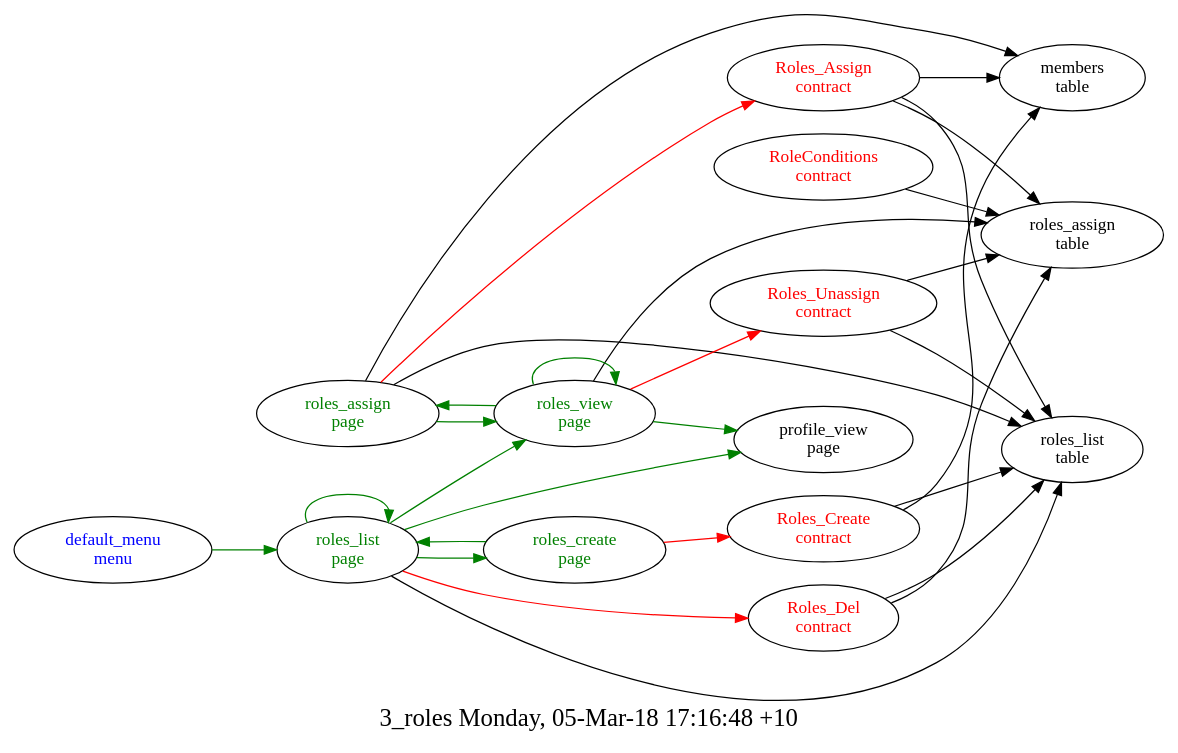
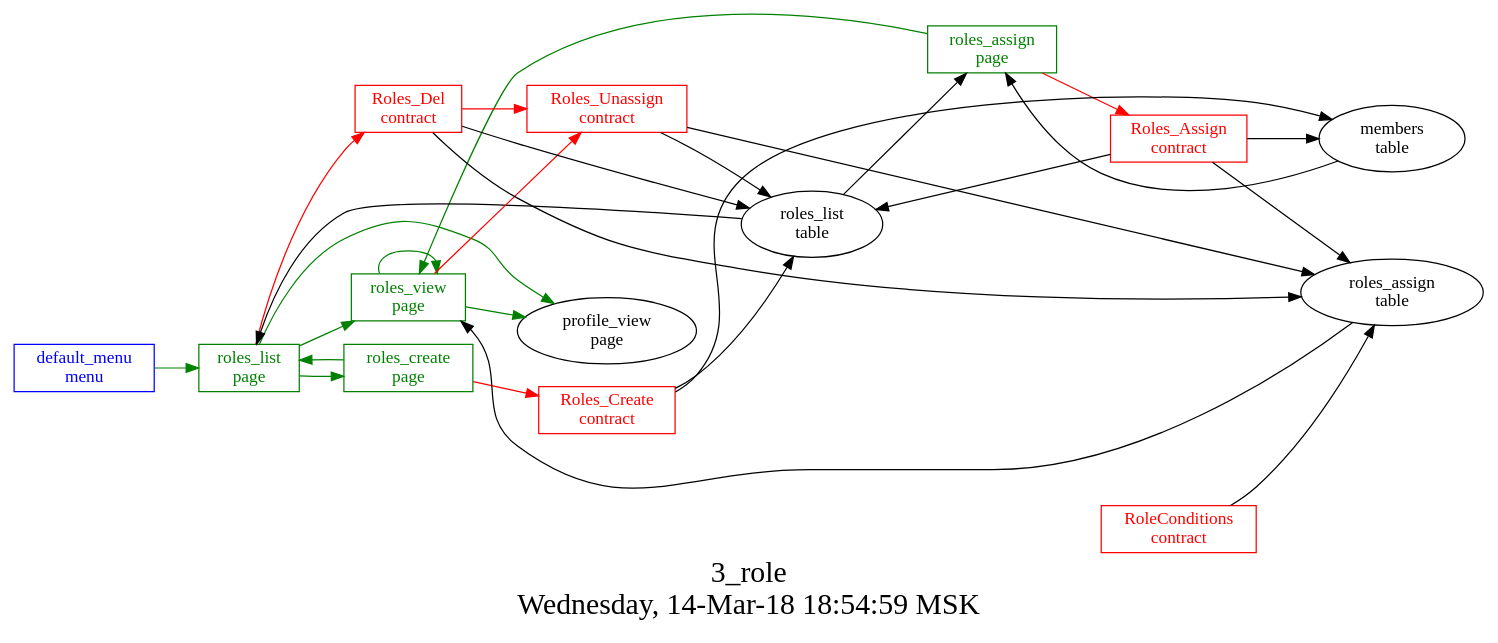
Before and after one commit to AplaProject/apps: the diagram in src/basic/common/3_roles/struct.dot, drawn with Graphviz. The commit also changed 20 other files, not shown here.

```diff
--- a/src/basic/common/3_roles/struct.dot
+++ b/src/basic/common/3_roles/struct.dot
@@ -1,43 +1,47 @@
 digraph G {
-fontsize="20.0";
-label="3_roles Monday, 05-Mar-18 17:16:48 +10";
-rankdir=LR;
-"RoleConditions\ncontract" -> "roles_assign\ntable"
-"RoleConditions\ncontract" [fontcolor=red, group=contracts];
-"Roles_Assign\ncontract" -> "roles_list\ntable"
-"Roles_Assign\ncontract" -> "members\ntable"
-"Roles_Assign\ncontract" -> "roles_assign\ntable"
-"Roles_Assign\ncontract" [fontcolor=red, group=contracts];
-"Roles_Create\ncontract" -> "members\ntable"
-"Roles_Create\ncontract" -> "roles_list\ntable"
-"Roles_Create\ncontract" [fontcolor=red, group=contracts];
-"Roles_Unassign\ncontract" -> "roles_assign\ntable"
-"Roles_Unassign\ncontract" -> "roles_list\ntable"
-"Roles_Unassign\ncontract" [fontcolor=red, group=contracts];
-"Roles_Del\ncontract" -> "roles_list\ntable"
-"Roles_Del\ncontract" -> "roles_assign\ntable"
-"Roles_Del\ncontract" [fontcolor=red, group=contracts];
+graph [
+  fontsize="24";
+  label="3_role\nWednesday, 14-Mar-18 18:54:59 MSK";
+  nojustify=true;
+  ordering=out;
+  rankdir=LR;
+  size="30";
+];
 "default_menu\nmenu" -> "roles_list\npage"  [ color=green ]
-"default_menu\nmenu" [fontcolor=blue, group=menus];
+"default_menu\nmenu" [color=blue, fontcolor=blue, group=menus, shape=record];
 "roles_assign\npage" -> "Roles_Assign\ncontract"  [ color=red ]
-"roles_assign\npage" -> "roles_list\ntable"
-"roles_assign\npage" -> "members\ntable"
+"roles_list\ntable" -> "roles_assign\npage"  [ color="" ]
+"members\ntable" -> "roles_assign\npage"  [ color="" ]
 "roles_assign\npage" -> "roles_view\npage"  [ color=green ]
-"roles_assign\npage" [fontcolor=green, group=pages];
+"roles_assign\npage" [color=green, fontcolor=green, group=pages, shape=record];
 "roles_create\npage" -> "Roles_Create\ncontract"  [ color=red ]
 "roles_create\npage" -> "roles_list\npage"  [ color=green ]
-"roles_create\npage" [fontcolor=green, group=pages];
+"roles_create\npage" [color=green, fontcolor=green, group=pages, shape=record];
 "roles_list\npage" -> "Roles_Del\ncontract"  [ color=red ]
-"roles_list\npage" -> "roles_list\ntable"
+"roles_list\ntable" -> "roles_list\npage"  [ color="" ]
 "roles_list\npage" -> "profile_view\npage"  [ color=green ]
 "roles_list\npage" -> "roles_view\npage"  [ color=green ]
-"roles_list\npage" -> "roles_list\npage"  [ color=green ]
 "roles_list\npage" -> "roles_create\npage"  [ color=green ]
-"roles_list\npage" [fontcolor=green, group=pages];
+"roles_list\npage" [color=green, fontcolor=green, group=pages, shape=record];
 "roles_view\npage" -> "Roles_Unassign\ncontract"  [ color=red ]
-"roles_view\npage" -> "roles_assign\ntable"
+"roles_assign\ntable" -> "roles_view\npage"  [ color="" ]
 "roles_view\npage" -> "profile_view\npage"  [ color=green ]
 "roles_view\npage" -> "roles_view\npage"  [ color=green ]
-"roles_view\npage" -> "roles_assign\npage"  [ color=green ]
-"roles_view\npage" [fontcolor=green, group=pages];
+"roles_view\npage" [color=green, fontcolor=green, group=pages, shape=record];
+"RoleConditions\ncontract" -> "roles_assign\ntable"  [ color="" ]
+"RoleConditions\ncontract" [color=red, fontcolor=red, group=contracts, shape=record];
+"Roles_Assign\ncontract" -> "roles_list\ntable"  [ color="" ]
+"Roles_Assign\ncontract" -> "members\ntable"  [ color="" ]
+"Roles_Assign\ncontract" -> "roles_assign\ntable"  [ color="" ]
+"Roles_Assign\ncontract" [color=red, fontcolor=red, group=contracts, shape=record];
+"Roles_Create\ncontract" -> "members\ntable"  [ color="" ]
+"Roles_Create\ncontract" -> "roles_list\ntable"  [ color="" ]
+"Roles_Create\ncontract" [color=red, fontcolor=red, group=contracts, shape=record];
+"Roles_Del\ncontract" -> "Roles_Unassign\ncontract"  [ color=red ]
+"Roles_Del\ncontract" -> "roles_list\ntable"  [ color="" ]
+"Roles_Del\ncontract" -> "roles_assign\ntable"  [ color="" ]
+"Roles_Del\ncontract" [color=red, fontcolor=red, group=contracts, shape=record];
+"Roles_Unassign\ncontract" -> "roles_assign\ntable"  [ color="" ]
+"Roles_Unassign\ncontract" -> "roles_list\ntable"  [ color="" ]
+"Roles_Unassign\ncontract" [color=red, fontcolor=red, group=contracts, shape=record];
 }
```
